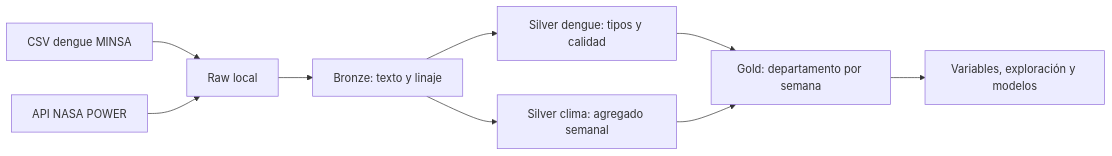
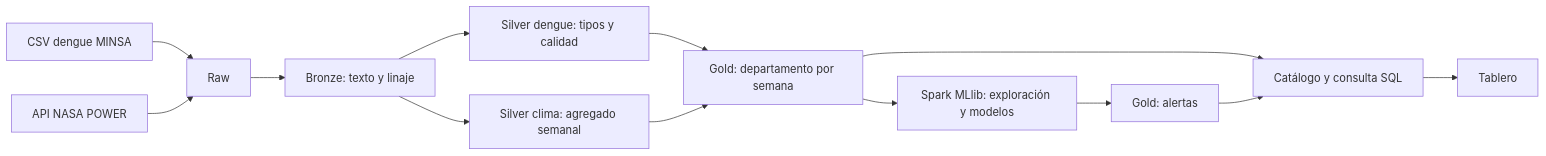
One commit to JhonTMich/minsadengue-bigdata changed the diagram in README.md. Above: the diagram before and after it, drawn with Mermaid. The commit also changed other lines of this file, not shown here.

````diff
--- a/README.md
+++ b/README.md
@@ -37,11 +40,15 @@
 ```mermaid
 flowchart LR
-    A[CSV dengue MINSA] --> R[Raw local]
+    A[CSV dengue MINSA] --> R[Raw]
     B[API NASA POWER] --> R
     R --> BR[Bronze: texto y linaje]
     BR --> SD[Silver dengue: tipos y calidad]
     BR --> SC[Silver clima: agregado semanal]
     SD --> G[Gold: departamento por semana]
     SC --> G
-    G --> M[Variables, exploración y modelos]
+    G --> M[Spark MLlib: exploración y modelos]
+    M --> AL[Gold: alertas]
+    G --> Q[Catálogo y consulta SQL]
+    AL --> Q
+    Q --> T[Tablero]
 ```
````
